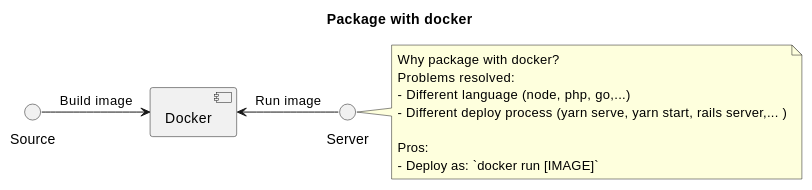
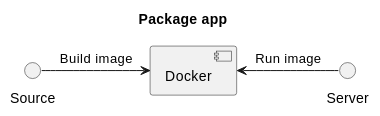
The second of 5 diagrams in README.md (midujs/demo-deploy-app), drawn with PlantUML before and after one commit. The commit also changed other lines of this file, not shown here.

Commit message:
Note outside uml

````diff
--- a/README.md
+++ b/README.md
@@ -13,18 +13,8 @@
 ```plantuml
 @startuml
-title Package with docker
+title Package app
 
 Source -> [Docker] : Build image
 [Docker] <- Server : Run image
-
-note right
-  Why package with docker?
-  Problems resolved:
-  - Different language (node, php, go,...)
-  - Different deploy process (yarn serve, yarn start, rails server,... )
-
-  Pros:
-  - Deploy as: `docker run [IMAGE]`
-end note
 @enduml
 ```
````
